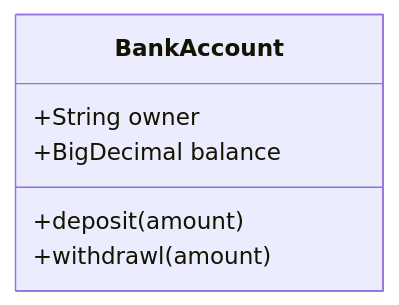
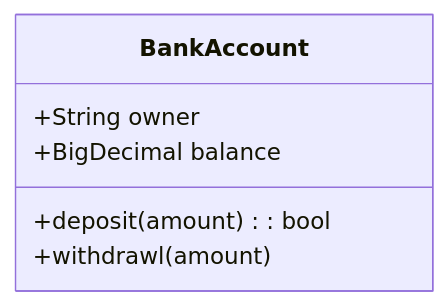
The fifth of 12 diagrams in docs/classDiagram.md (aazminu/mermaid), drawn with Mermaid before and after one commit. The commit also changed other lines of this file and 1 other file, not shown here.

````diff
--- a/docs/classDiagram.md
+++ b/docs/classDiagram.md
@@ -139,9 +139,9 @@
 ```mermaid
     classDiagram
     class BankAccount{
         +String owner
         +BigDecimal balance
-        +deposit(amount)
+        +deposit(amount) : bool
         +withdrawl(amount)
 }
 ```
````
